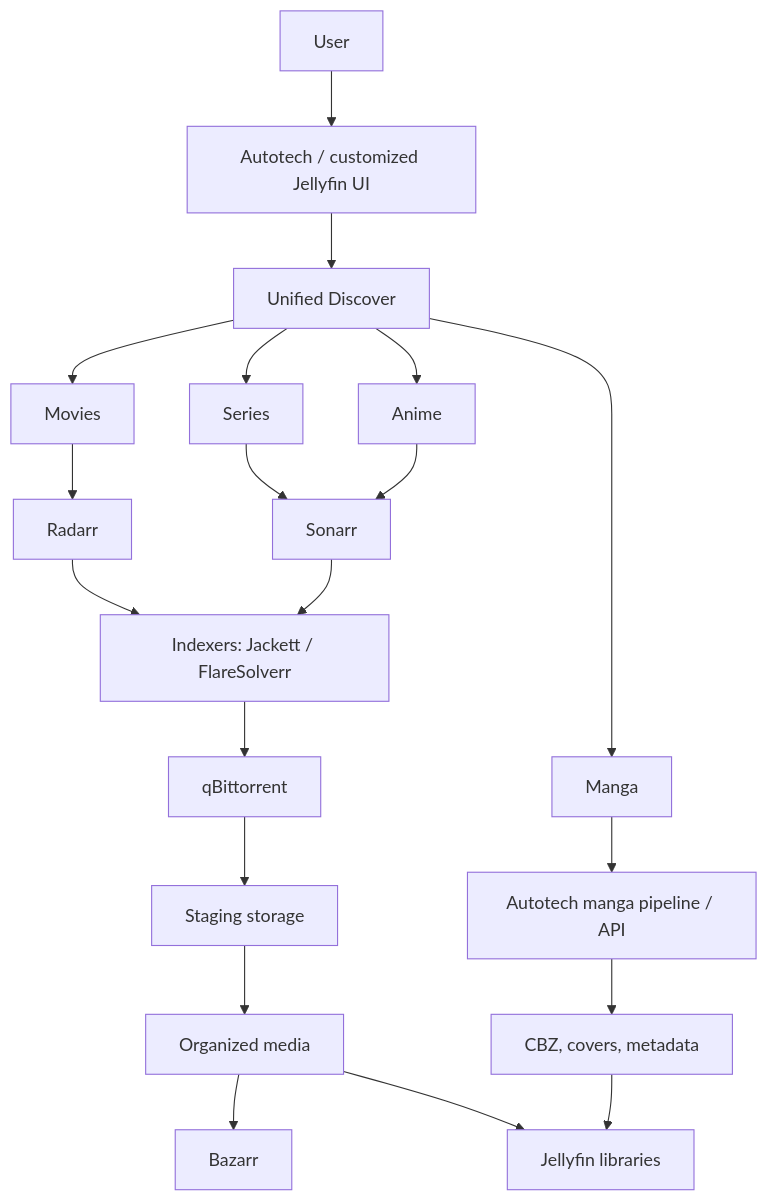
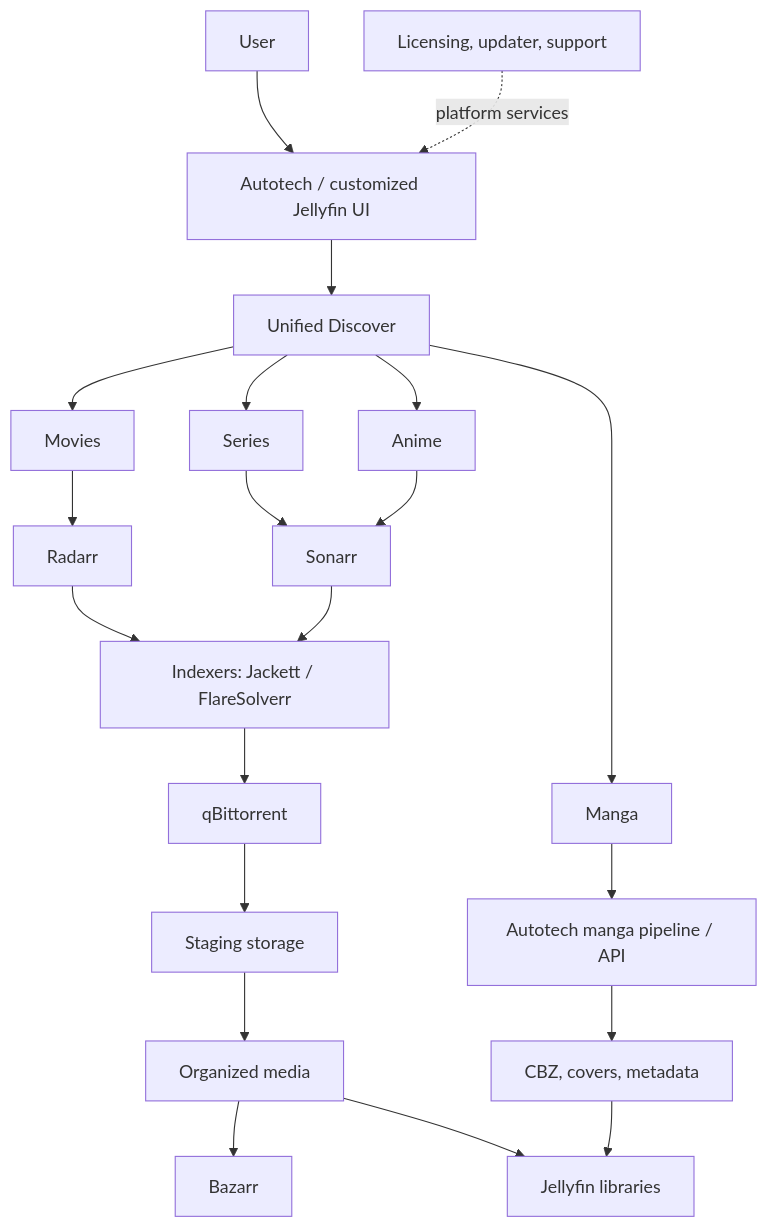
Before and after one commit to Lpao2/autotech-server: the diagram in README.md, drawn with Mermaid. The commit also changed other lines of this file, not shown here.

````diff
--- a/README.md
+++ b/README.md
@@ -29,15 +44,16 @@
 ```mermaid
 flowchart TD
     U[User] --> UI[Autotech / customized Jellyfin UI]
     UI --> D[Unified Discover]
     D --> M[Movies] --> R[Radarr]
     D --> S[Series] --> N[Sonarr]
     D --> A[Anime] --> N
     D --> G[Manga] --> P[Autotech manga pipeline / API]
     R --> I[Indexers: Jackett / FlareSolverr]
     N --> I
     I --> Q[qBittorrent] --> T[Staging storage] --> O[Organized media]
     O --> B[Bazarr]
     O --> J[Jellyfin libraries]
     P --> C[CBZ, covers, metadata] --> J
+    L[Licensing, updater, support] -. platform services .-> UI
 ```
````
